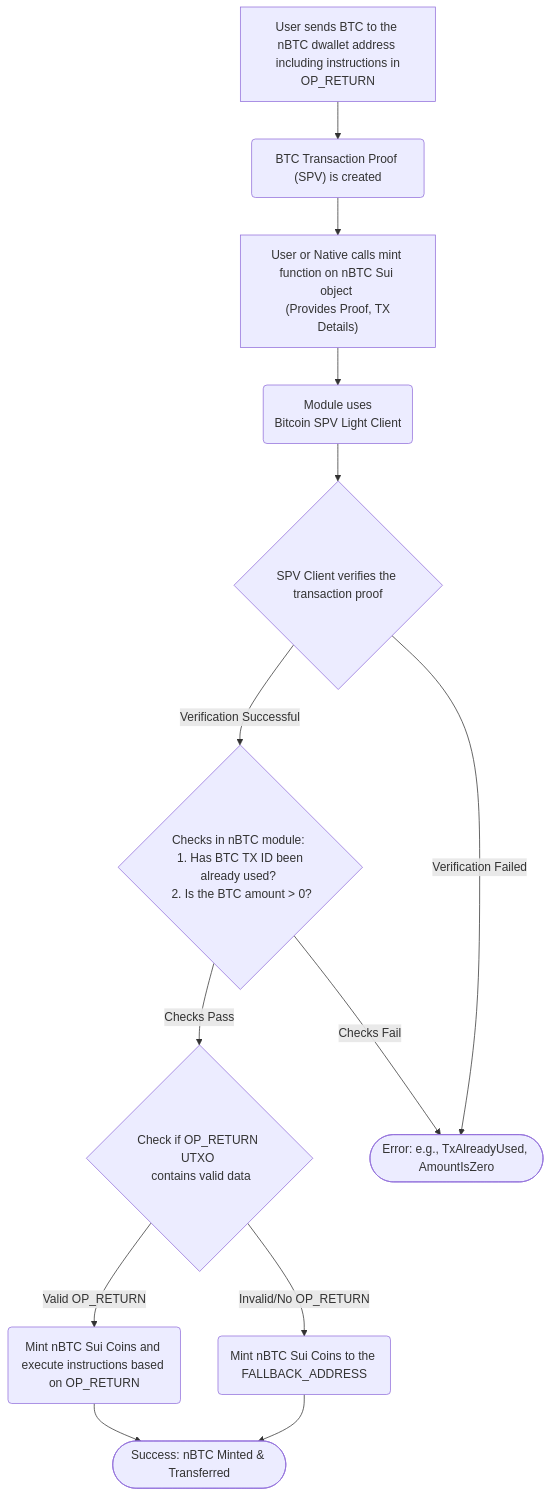
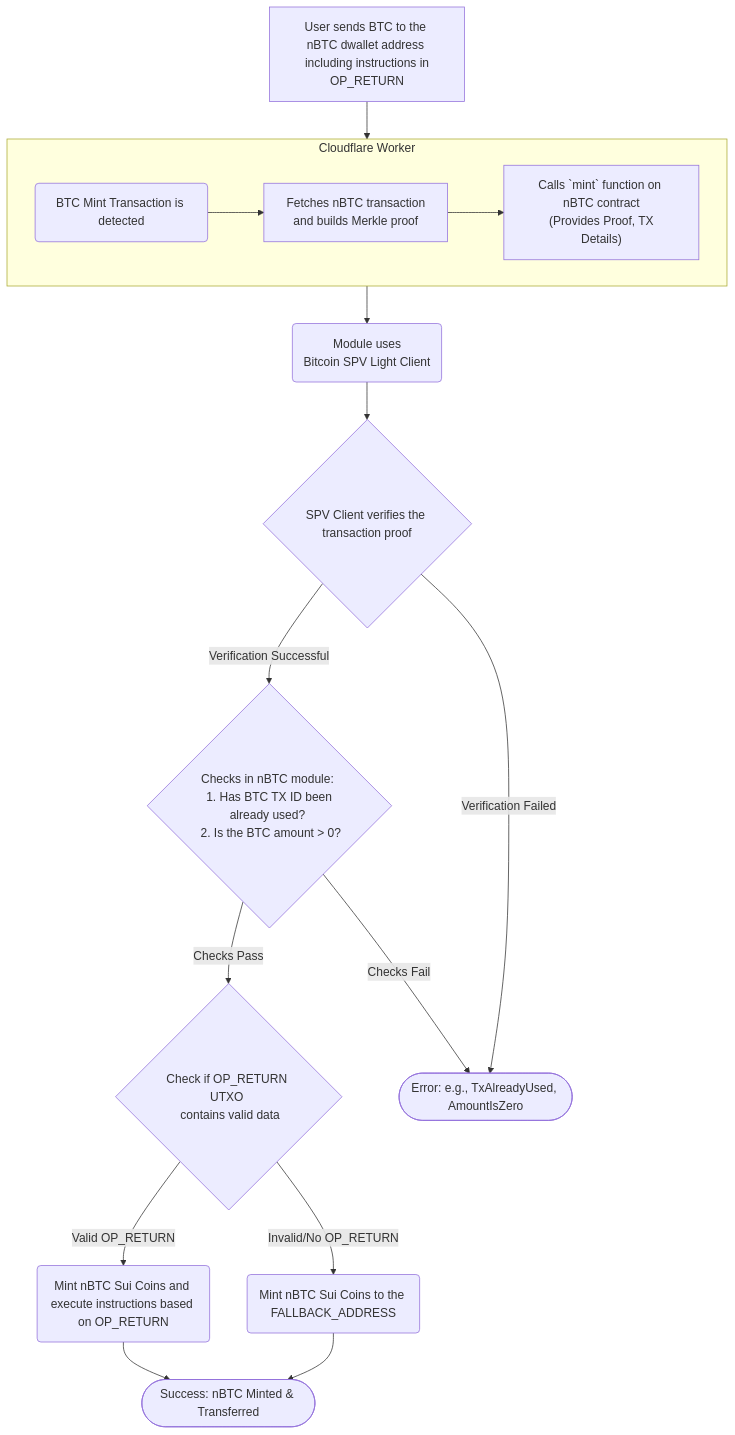
Before and after one commit to gonative-cc/sui-native: the first of 2 diagrams in nBTC/docs/nbtc_minting.md, drawn with Mermaid. The commit also changed other lines of this file and 1 other file, not shown here.

Commit message:
update the minting docs to reflect the latest state of the code + include worker in the flow chart

````diff
--- a/nBTC/docs/nbtc_minting.md
+++ b/nBTC/docs/nbtc_minting.md
@@ -17,17 +17,23 @@
 ```mermaid
 graph TD
-    A["User sends BTC to the nBTC dwallet address <br> including instructions in OP_RETURN"] --> B("BTC Transaction Proof (SPV) is created");
-    B --> C["User or Native calls mint function on nBTC Sui object <br> (Provides Proof, TX Details)"];
-    C --> D("Module uses <br> Bitcoin SPV Light Client");
+    A["User sends BTC to the nBTC dwallet address <br> including instructions in OP_RETURN"] --> B("BTC Mint Transaction is detected");
+
+    subgraph Cloudflare Worker
+        direction LR
+        B --> S1["Fetches nBTC transaction <br> and builds Merkle proof"];
+        S1 --> S2["Calls `mint` function on nBTC contract<br> (Provides Proof, TX Details)"];
+    end
+
+    S2 --> D("Module uses <br> Bitcoin SPV Light Client");
     D --> E{"SPV Client verifies the transaction proof"};
     E -- Verification Successful --> F{"Checks in nBTC module: <br> 1. Has BTC TX ID been already used? <br> 2. Is the BTC amount > 0?"};
 
     F -- Checks Pass --> G{"Check if OP_RETURN UTXO <br> contains valid data"};
     G -- Valid OP_RETURN --> H("Mint nBTC Sui Coins and execute instructions based on OP_RETURN");
     G -- Invalid/No OP_RETURN --> I("Mint nBTC Sui Coins to the FALLBACK_ADDRESS");
     H --> Z(["Success: nBTC Minted & Transferred"]);
     I --> Z;
 
     F -- Checks Fail --> Y(["Error: e.g., TxAlreadyUsed, AmountIsZero"]);
     E -- Verification Failed --> Y;
 ```
````
